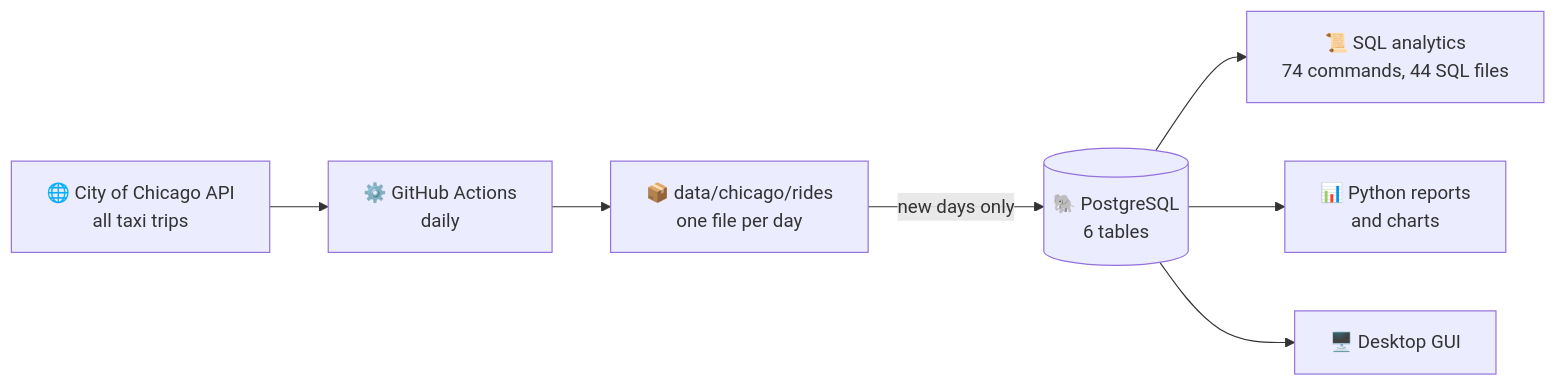
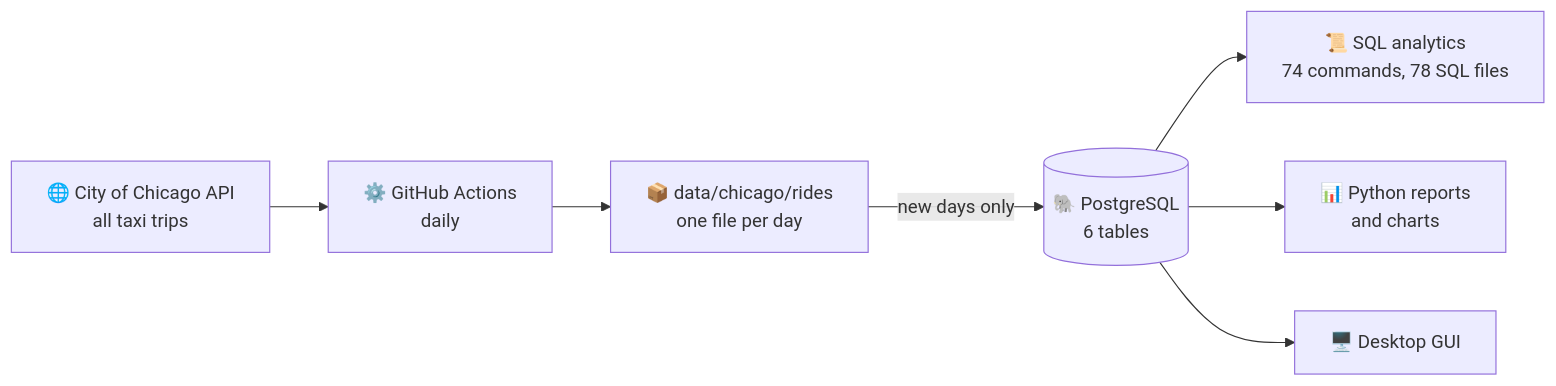
Before and after one commit to DarkSwordman999/TAXI-db: the diagram in README.en.md, drawn with Mermaid. The commit also changed other lines of this file and 1 other file, not shown here.

Commit message:
README: 204 автопроверки (186 сквозных и 18 модульных) и 78 SQL-файлов — после выноса запросов из help.sh в helper/

````diff
--- a/README.en.md
+++ b/README.en.md
@@ -113,15 +113,15 @@
 ```mermaid
 flowchart LR
     API["🌐 City of Chicago API<br/>all taxi trips"]
     GH["⚙️ GitHub Actions<br/>daily"]
     CSV["📦 data/chicago/rides<br/>one file per day"]
     DB[("🐘 PostgreSQL<br/>6 tables")]
-    SQL["📜 SQL analytics<br/>74 commands, 44 SQL files"]
+    SQL["📜 SQL analytics<br/>74 commands, 78 SQL files"]
     PY["📊 Python reports<br/>and charts"]
     GUI["🖥️ Desktop GUI"]
 
     API --> GH --> CSV -->|"new days only"| DB
     DB --> SQL
     DB --> PY
     DB --> GUI
 ```
````
